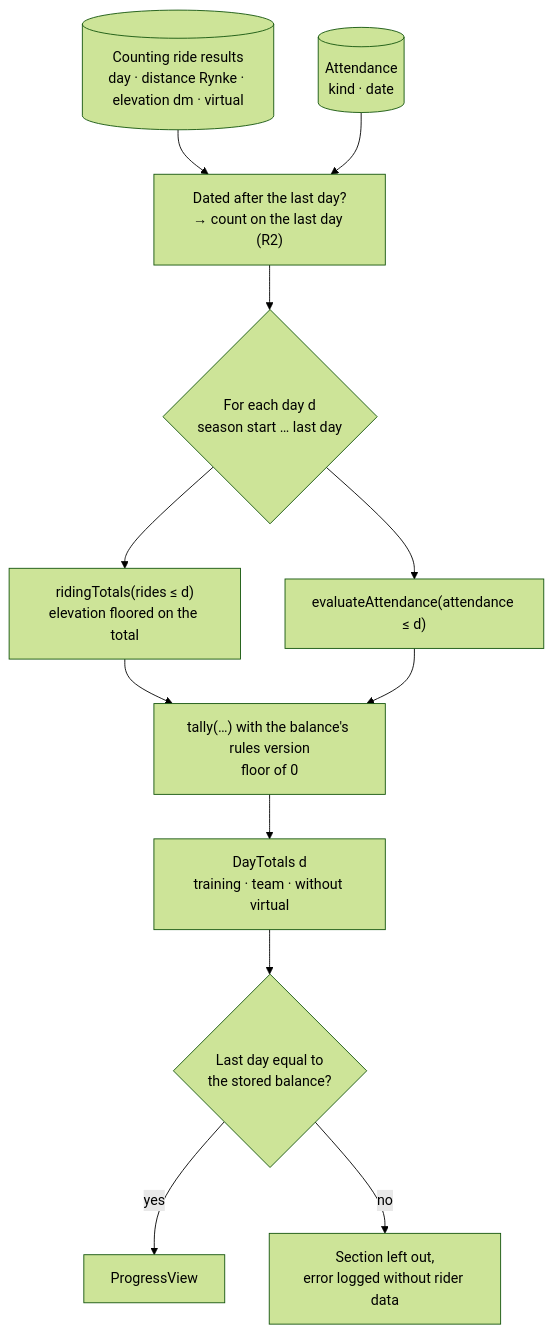
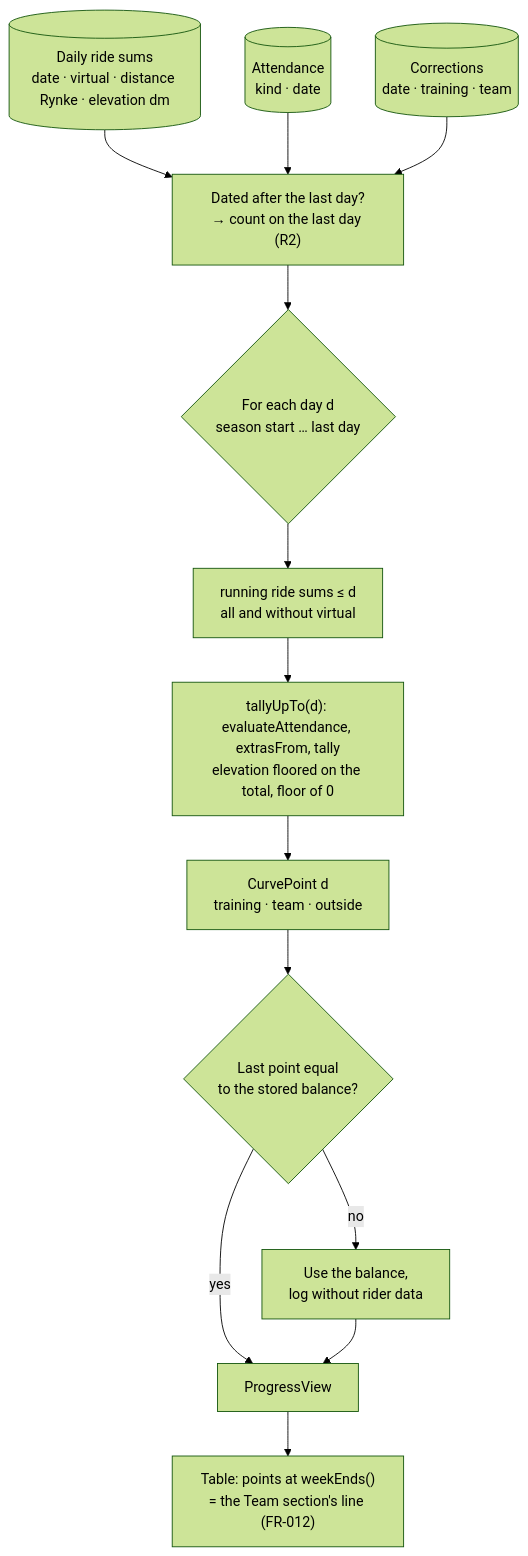
Before and after one commit to SaSteffen/RynkePoints: the third of 6 diagrams in specs/009-rider-progress-charts/plan.md, drawn with Mermaid (forest theme). The commit also changed other lines of this file and 9 other files, not shown here.

Commit message:
docs: re-plan 009 progress charts against the current app

````diff
--- a/specs/009-rider-progress-charts/plan.md
+++ b/specs/009-rider-progress-charts/plan.md
@@ -234,14 +235,15 @@
 ```mermaid
 flowchart TD
-    rides[("Counting ride results<br/>day · distance Rynke · elevation dm · virtual")]
+    rides[("Daily ride sums<br/>date · virtual · distance Rynke · elevation dm")]
     att[("Attendance<br/>kind · date")]
-    rides & att --> clamp["Dated after the last day?<br/>→ count on the last day (R2)"]
+    cor[("Corrections<br/>date · training · team")]
+    rides & att & cor --> clamp["Dated after the last day?<br/>→ count on the last day (R2)"]
     clamp --> loop{"For each day d<br/>season start … last day"}
-    loop --> rt["ridingTotals(rides ≤ d)<br/>elevation floored on the total"]
-    loop --> ea["evaluateAttendance(attendance ≤ d)"]
-    rt & ea --> t["tally(…) with the balance's rules version<br/>floor of 0"]
-    t --> day["DayTotals d<br/>training · team · without virtual"]
-    day --> check{"Last day equal to<br/>the stored balance?"}
-    check -- yes --> view["ProgressView"]
-    check -- no --> none["Section left out,<br/>error logged without rider data"]
+    loop --> sum["running ride sums ≤ d<br/>all and without virtual"]
+    sum --> t["tallyUpTo(d): evaluateAttendance, extrasFrom, tally<br/>elevation floored on the total, floor of 0"]
+    t --> point["CurvePoint d<br/>training · team · outside"]
+    point --> last{"Last point equal<br/>to the stored balance?"}
+    last -- yes --> view["ProgressView"]
+    last -- no --> fix["Use the balance,<br/>log without rider data"] --> view
+    view --> wk["Table: points at weekEnds()<br/>= the Team section's line (FR-012)"]
 ```
````
